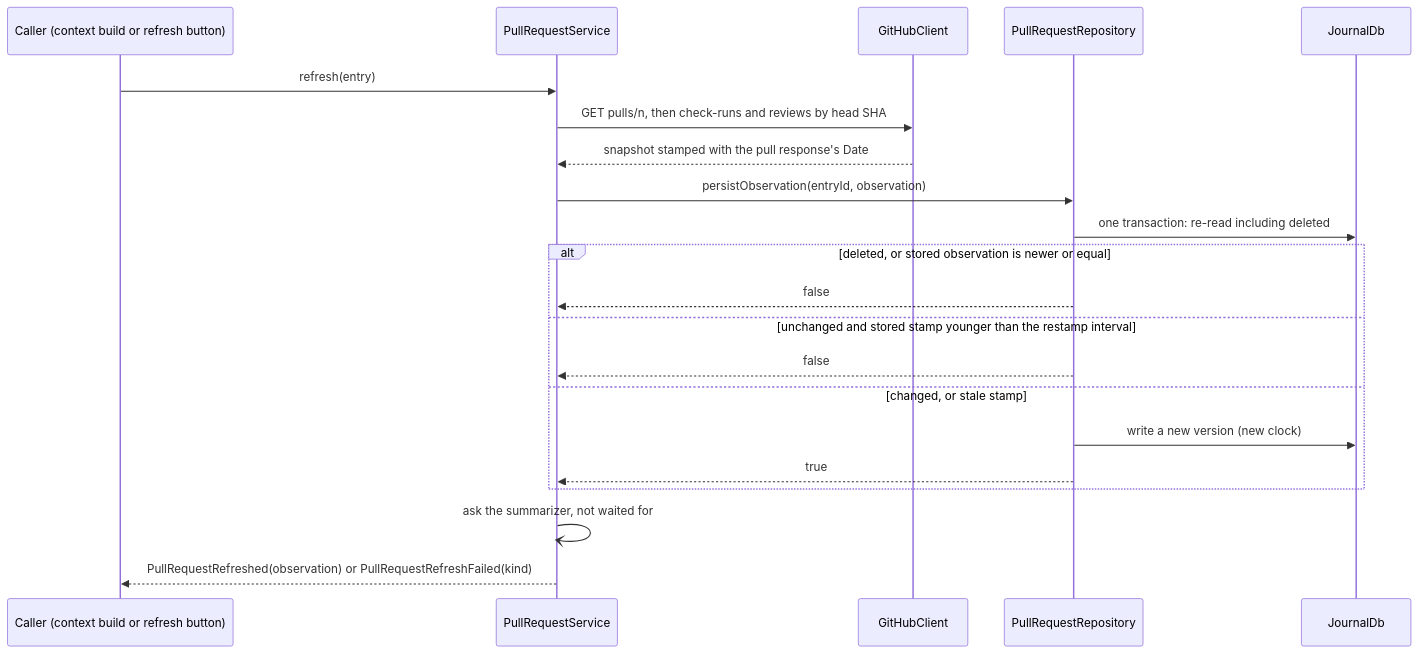
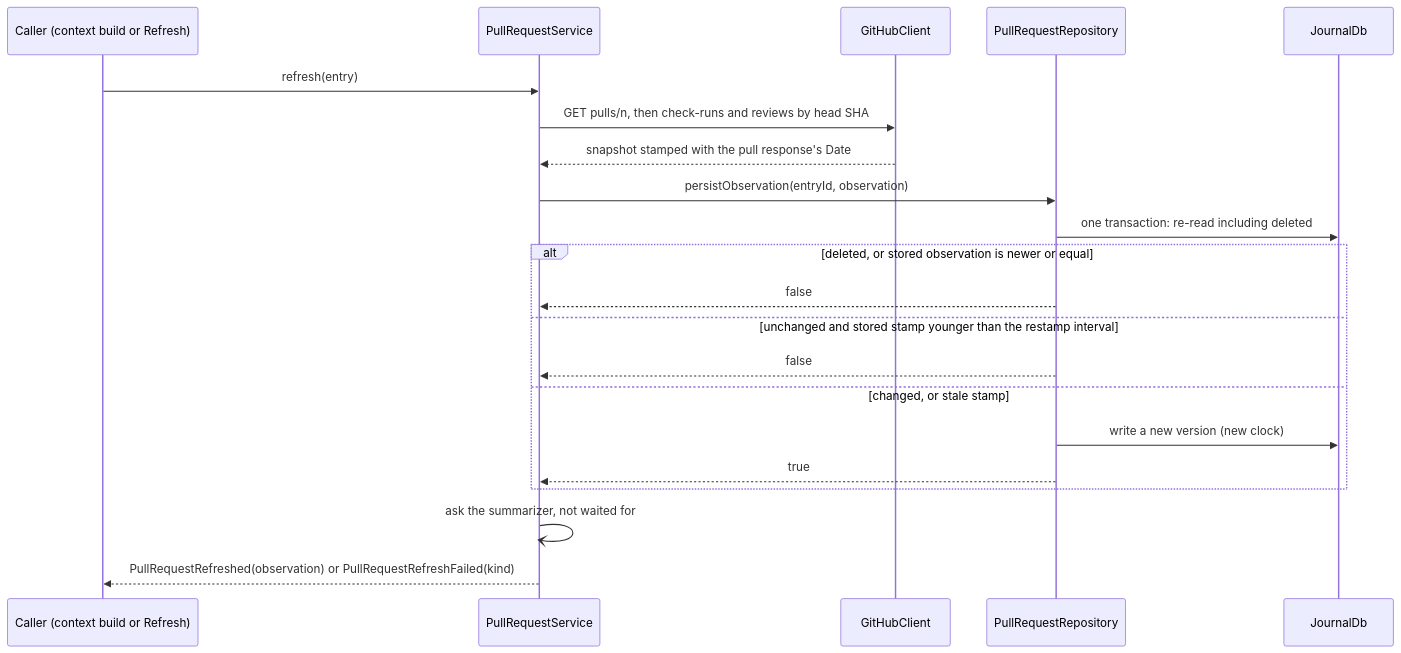
The first of 5 diagrams in knowledge/features/github.md (matthiasn/lotti), drawn with Mermaid before and after one commit. The commit also changed other lines of this file and 43 other files, not shown here.

````diff
--- a/knowledge/features/github.md
+++ b/knowledge/features/github.md
@@ -164,23 +164,23 @@
 ```mermaid
 sequenceDiagram
-    participant C as Caller (context build or refresh button)
+    participant C as Caller (context build or Refresh)
     participant S as PullRequestService
     participant G as GitHubClient
     participant R as PullRequestRepository
     participant DB as JournalDb
     C->>S: refresh(entry)
     S->>G: GET pulls/n, then check-runs and reviews by head SHA
     G-->>S: snapshot stamped with the pull response's Date
     S->>R: persistObservation(entryId, observation)
     R->>DB: one transaction: re-read including deleted
     alt deleted, or stored observation is newer or equal
         R-->>S: false
     else unchanged and stored stamp younger than the restamp interval
         R-->>S: false
     else changed, or stale stamp
         R->>DB: write a new version (new clock)
         R-->>S: true
     end
     S-)S: ask the summarizer, not waited for
     S-->>C: PullRequestRefreshed(observation) or PullRequestRefreshFailed(kind)
 ```
````
